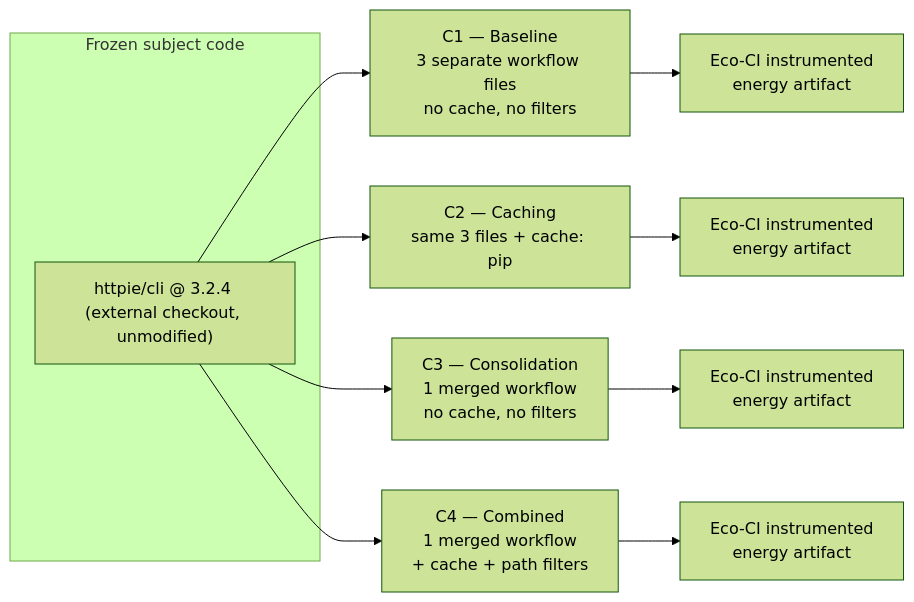
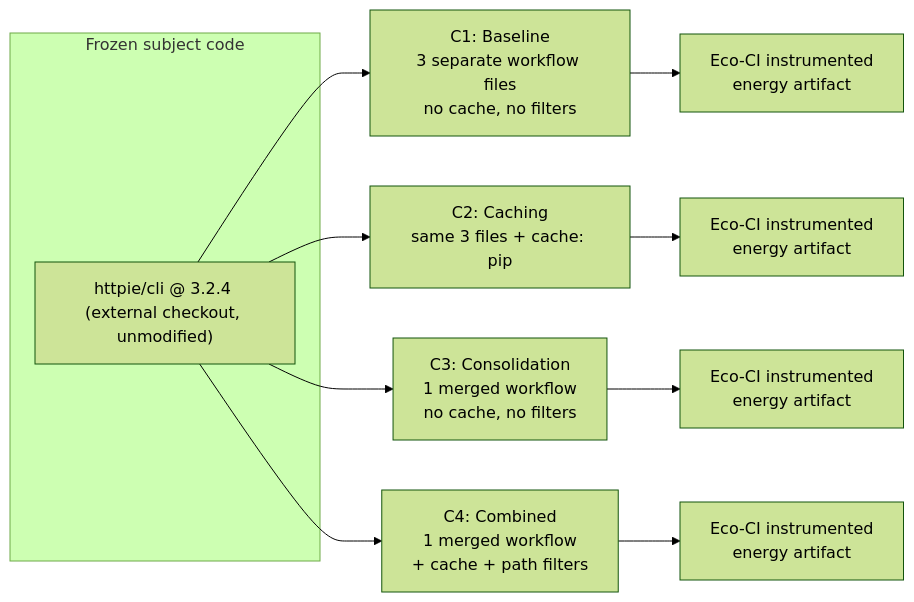
Before and after one commit to Umer-2612/msc-devops-dissertation: the first of 3 diagrams in dissertation/DISSERTATION.md, drawn with Mermaid (forest theme). The commit also changed other lines of this file, not shown here.

````diff
--- a/dissertation/DISSERTATION.md
+++ b/dissertation/DISSERTATION.md
@@ -439,16 +439,16 @@
 ```mermaid
 flowchart LR
     subgraph Subject["Frozen subject code"]
         A["httpie/cli @ 3.2.4 (external checkout, unmodified)"]
     end
 
-    A --> C1["C1 — Baseline\n3 separate workflow files\nno cache, no filters"]
-    A --> C2["C2 — Caching\nsame 3 files + cache: pip"]
-    A --> C3["C3 — Consolidation\n1 merged workflow\nno cache, no filters"]
-    A --> C4["C4 — Combined\n1 merged workflow\n+ cache + path filters"]
+    A --> C1["C1: Baseline\n3 separate workflow files\nno cache, no filters"]
+    A --> C2["C2: Caching\nsame 3 files + cache: pip"]
+    A --> C3["C3: Consolidation\n1 merged workflow\nno cache, no filters"]
+    A --> C4["C4: Combined\n1 merged workflow\n+ cache + path filters"]
 
     C1 --> E1["Eco-CI instrumented\nenergy artifact"]
     C2 --> E2["Eco-CI instrumented\nenergy artifact"]
     C3 --> E3["Eco-CI instrumented\nenergy artifact"]
     C4 --> E4["Eco-CI instrumented\nenergy artifact"]
 ```
````
